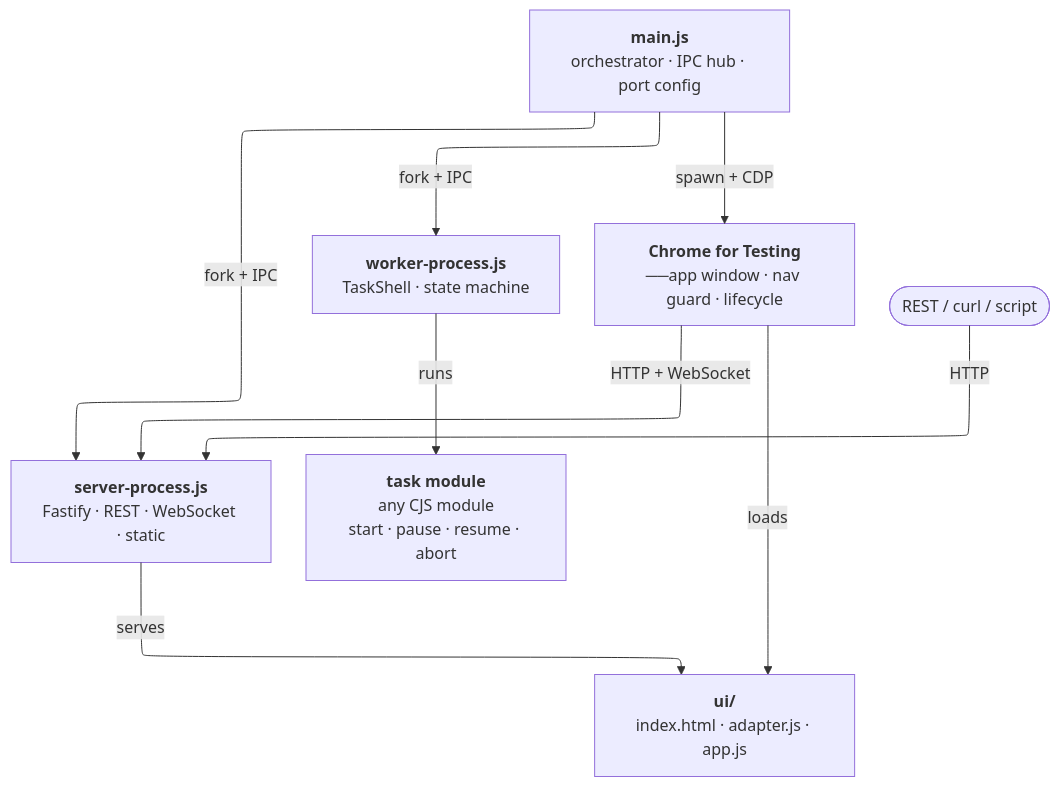
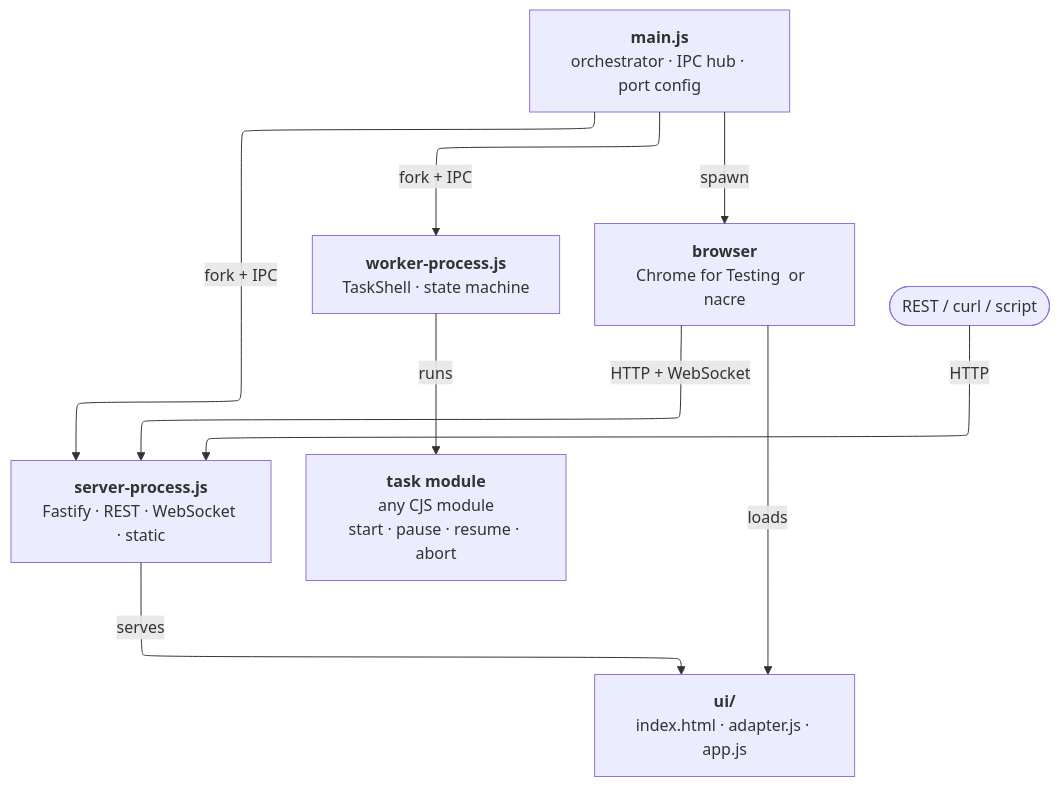
One commit to ciacob/task-primer changed the diagram in README.md. Above: the diagram before and after it, drawn with Mermaid. The commit also changed other lines of this file, not shown here.

````diff
--- a/README.md
+++ b/README.md
@@ -6,17 +5,17 @@
 ```mermaid
 %%{init: {"flowchart": {"defaultRenderer": "elk"}}}%%
 graph TD
     main["<b>main.js</b><br/>orchestrator · IPC hub · port config"]
 
     main -->|fork + IPC| worker["<b>worker-process.js</b><br/>TaskShell · state machine"]
     main -->|fork + IPC| server["<b>server-process.js</b><br/>Fastify · REST · WebSocket · static"]
-    main -->|spawn + CDP| browser["<b>Chrome for Testing</b><br/>──app window · nav guard · lifecycle"]
+    main -->|spawn| browser["<b>browser</b><br/>Chrome for Testing  or  nacre"]
 
     worker -->|runs| task["<b>task module</b><br/>any CJS module<br/>start · pause · resume · abort"]
     server -->|serves| ui["<b>ui/</b><br/>index.html · adapter.js · app.js"]
     browser -->|loads| ui
 
     client(["REST / curl / script"])
     browser -->|HTTP + WebSocket| server
     client -->|HTTP| server
 ```
````
